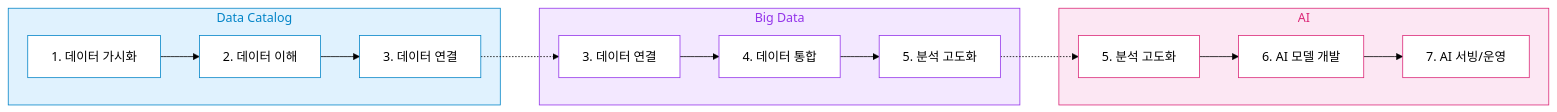
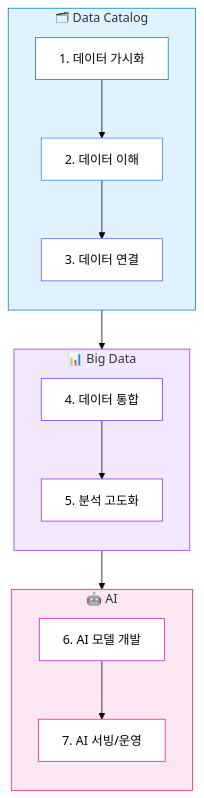
The sixth of 6 diagrams in argus-catalog-server/docs/architecture.md (TheOpenCloudEngine/argus), drawn with Mermaid (forest theme) before and after one commit.

Commit message:
Redesign AI Journey diagram: top-to-bottom, no duplicates
- Vertical layout (TB) instead of horizontal
- 3 groups: Data Catalog (1-3), Big Data (4-5), AI (6-7)
- Stage 3 and 5 appear once, connecting groups with arrows
- Clean flow without duplicate nodes

````diff
--- a/argus-catalog-server/docs/architecture.md
+++ b/argus-catalog-server/docs/architecture.md
@@ -308,31 +308,32 @@
 ```mermaid
-flowchart LR
-    subgraph DC["Data Catalog"]
+flowchart TB
+    subgraph DC["🗂 Data Catalog"]
+        direction TB
         S1["1. 데이터 가시화"] --> S2["2. 데이터 이해"] --> S3["3. 데이터 연결"]
     end
 
-    subgraph BD["Big Data"]
-        S3b["3. 데이터 연결"] --> S4["4. 데이터 통합"] --> S5["5. 분석 고도화"]
+    subgraph BD["📊 Big Data"]
+        direction TB
+        S4["4. 데이터 통합"] --> S5["5. 분석 고도화"]
     end
 
-    subgraph AI["AI"]
-        S5b["5. 분석 고도화"] --> S6["6. AI 모델 개발"] --> S7["7. AI 서빙/운영"]
+    subgraph AI["🤖 AI"]
+        direction TB
+        S6["6. AI 모델 개발"] --> S7["7. AI 서빙/운영"]
     end
 
-    S3 -.-> S3b
-    S5 -.-> S5b
+    S3 --> S4
+    S5 --> S6
 
-    style DC fill:#e0f2fe,stroke:#0284c7,color:#0284c7
-    style BD fill:#f3e8ff,stroke:#9333ea,color:#9333ea
-    style AI fill:#fce7f3,stroke:#db2777,color:#db2777
+    style DC fill:#e0f2fe,stroke:#0284c7
+    style BD fill:#f3e8ff,stroke:#9333ea
+    style AI fill:#fce7f3,stroke:#db2777
 
     style S1 fill:#fff,stroke:#0284c7
-    style S2 fill:#fff,stroke:#0284c7
-    style S3 fill:#fff,stroke:#0284c7
-    style S3b fill:#fff,stroke:#9333ea
-    style S4 fill:#fff,stroke:#9333ea
+    style S2 fill:#fff,stroke:#3b82f6
+    style S3 fill:#fff,stroke:#6366f1
+    style S4 fill:#fff,stroke:#7c3aed
     style S5 fill:#fff,stroke:#9333ea
-    style S5b fill:#fff,stroke:#db2777
-    style S6 fill:#fff,stroke:#db2777
+    style S6 fill:#fff,stroke:#c026d3
     style S7 fill:#fff,stroke:#db2777
 ```
````
